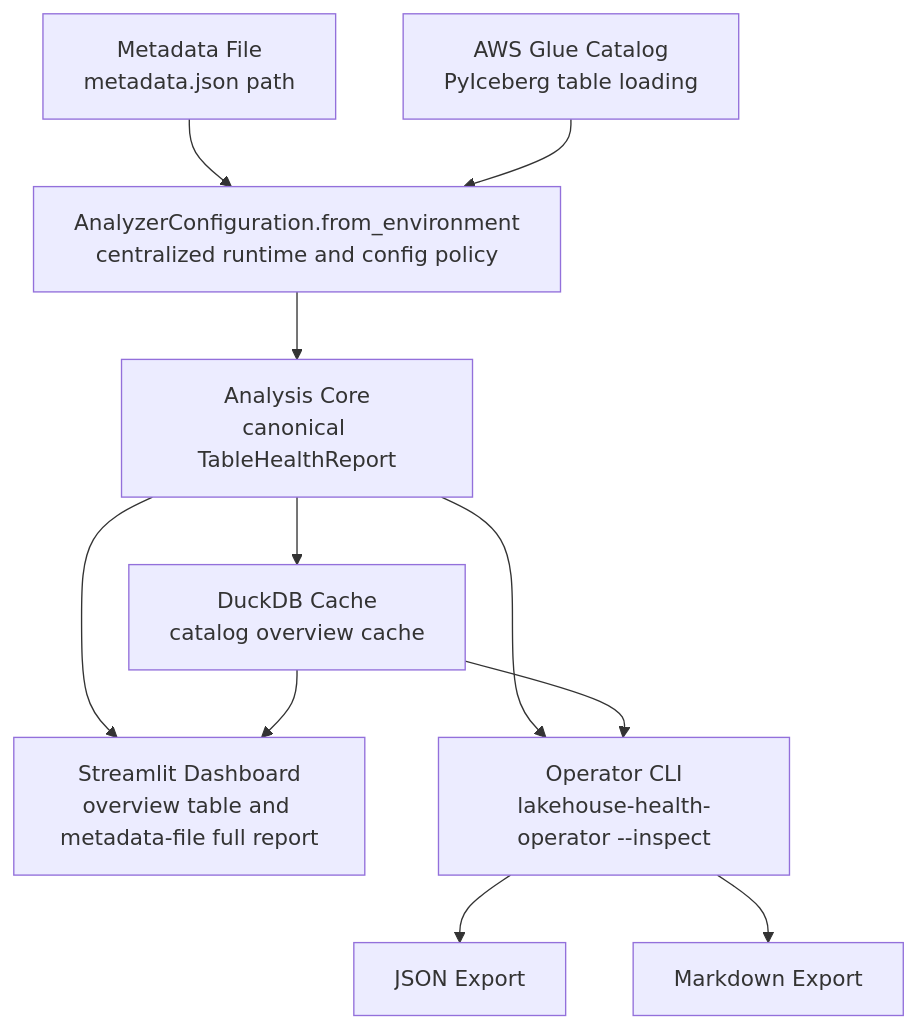
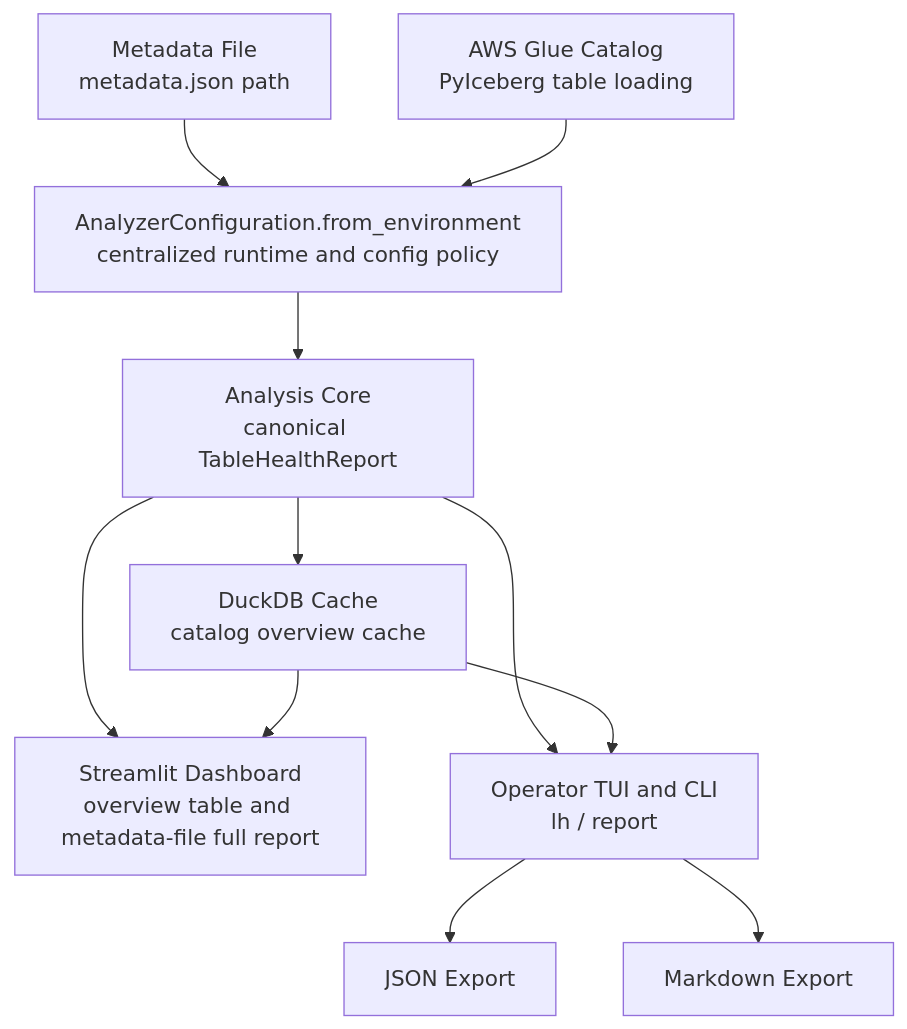
The diagram in README.md (guptaakashdeep/lakehouse-health-analyzer), drawn with Mermaid before and after one commit. The commit also changed other lines of this file and 49 other files, not shown here.

First line of the commit message:
Modernize operator TUI

````diff
--- a/README.md
+++ b/README.md
@@ -38,23 +38,23 @@
 ```mermaid
 flowchart TD
     M["Metadata File<br/>metadata.json path"]
     G["AWS Glue Catalog<br/>PyIceberg table loading"]
     C["AnalyzerConfiguration.from_environment<br/>centralized runtime and config policy"]
     A["Analysis Core<br/>canonical TableHealthReport"]
     D["DuckDB Cache<br/>catalog overview cache"]
     S["Streamlit Dashboard<br/>overview table and metadata-file full report"]
-    O["Operator CLI<br/>lakehouse-health-operator --inspect"]
+    O["Operator TUI and CLI<br/>lh / report"]
     J["JSON Export"]
     MD["Markdown Export"]
 
     M --> C
     G --> C
     C --> A
     A --> D
     A --> S
     D --> S
     A --> O
     D --> O
     O --> J
     O --> MD
 ```
````
